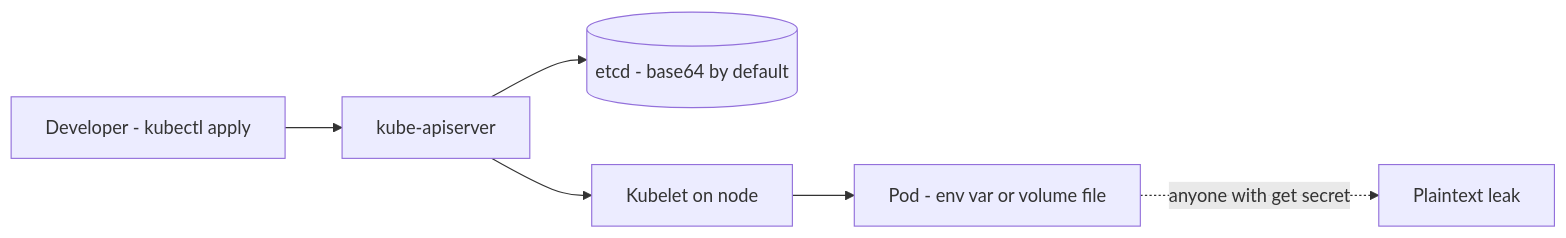
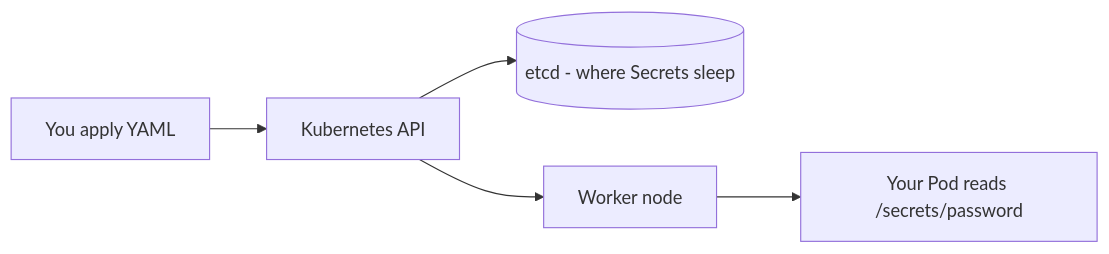
One commit to AnkitTiwari643/infrastructure-thinking changed the first of 3 diagrams in docs/12-kubernetes-secret-management.md. Above: the diagram before and after it, drawn with Mermaid. The commit also changed other lines of this file, not shown here.

Commit message:
fix: rewrite kubernetes secrets guide in plain English with examples

````diff
--- a/docs/12-kubernetes-secret-management.md
+++ b/docs/12-kubernetes-secret-management.md
@@ -12,8 +51,7 @@
 ```mermaid
 flowchart LR
-    D[Developer - kubectl apply] --> API[kube-apiserver]
-    API --> ETCD[(etcd - base64 by default)]
-    API --> K[Kubelet on node]
-    K --> P[Pod - env var or volume file]
-    P -.->|anyone with get secret| LEAK[Plaintext leak]
+    YOU[You apply YAML] --> API[Kubernetes API]
+    API --> DB[(etcd - where Secrets sleep)]
+    API --> NODE[Worker node]
+    NODE --> POD[Your Pod reads /secrets/password]
 ```
````
